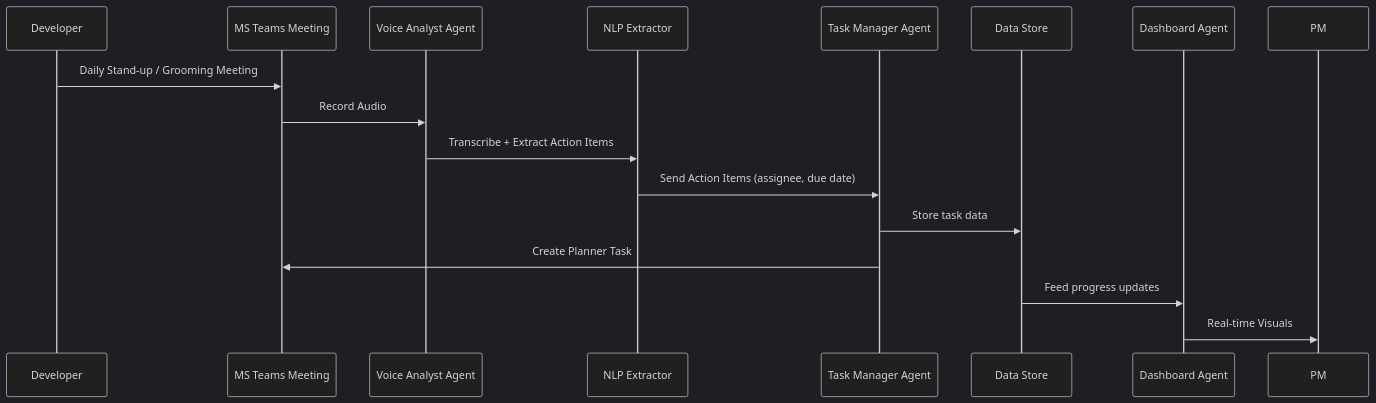
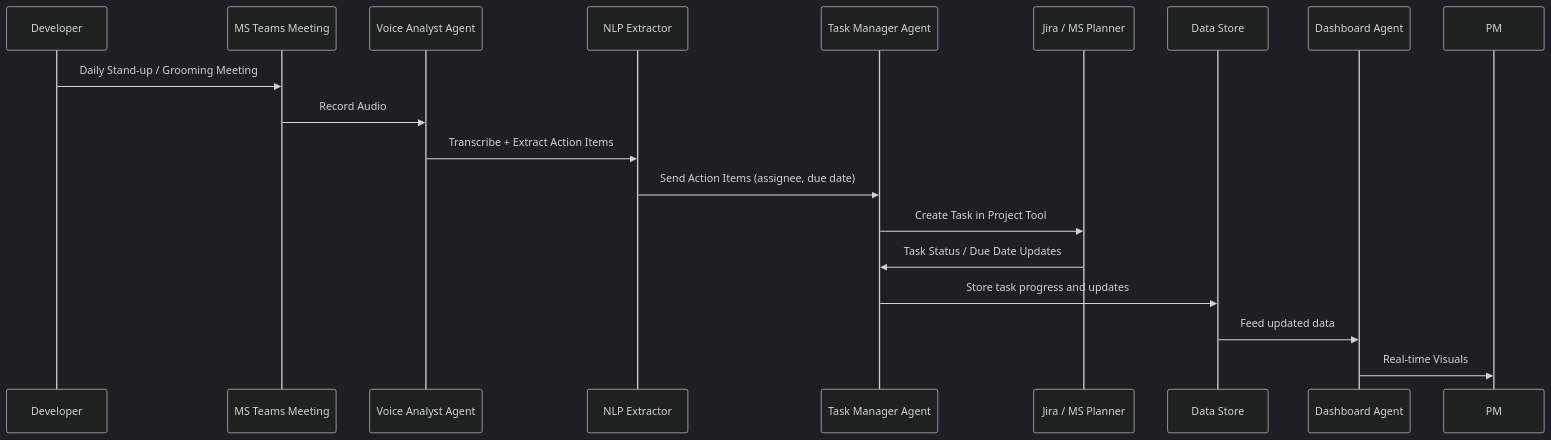
Before and after one commit to dullaraviteja7/agentic-ai: the second of 3 diagrams in README.md, drawn with Mermaid (dark theme). The commit also changed other lines of this file, not shown here.

````diff
--- a/README.md
+++ b/README.md
@@ -231,20 +216,23 @@
 ```mermaid
 sequenceDiagram
     participant Dev as Developer
     participant Teams as MS Teams Meeting
     participant VoiceBot as Voice Analyst Agent
     participant NLP as NLP Extractor
     participant Tasks as Task Manager Agent
+    participant Planner as Jira / MS Planner
     participant DB as Data Store
     participant Dashboard as Dashboard Agent
 
     Dev->>Teams: Daily Stand-up / Grooming Meeting
     Teams->>VoiceBot: Record Audio
     VoiceBot->>NLP: Transcribe + Extract Action Items
     NLP->>Tasks: Send Action Items (assignee, due date)
-    Tasks->>DB: Store task data
-    Tasks->>Teams: Create Planner Task
-    DB->>Dashboard: Feed progress updates
+    Tasks->>Planner: Create Task in Project Tool
+    Planner->>Tasks: Task Status / Due Date Updates
+    Tasks->>DB: Store task progress and updates
+    DB->>Dashboard: Feed updated data
     Dashboard->>PM: Real-time Visuals
 
+
 ```
````
